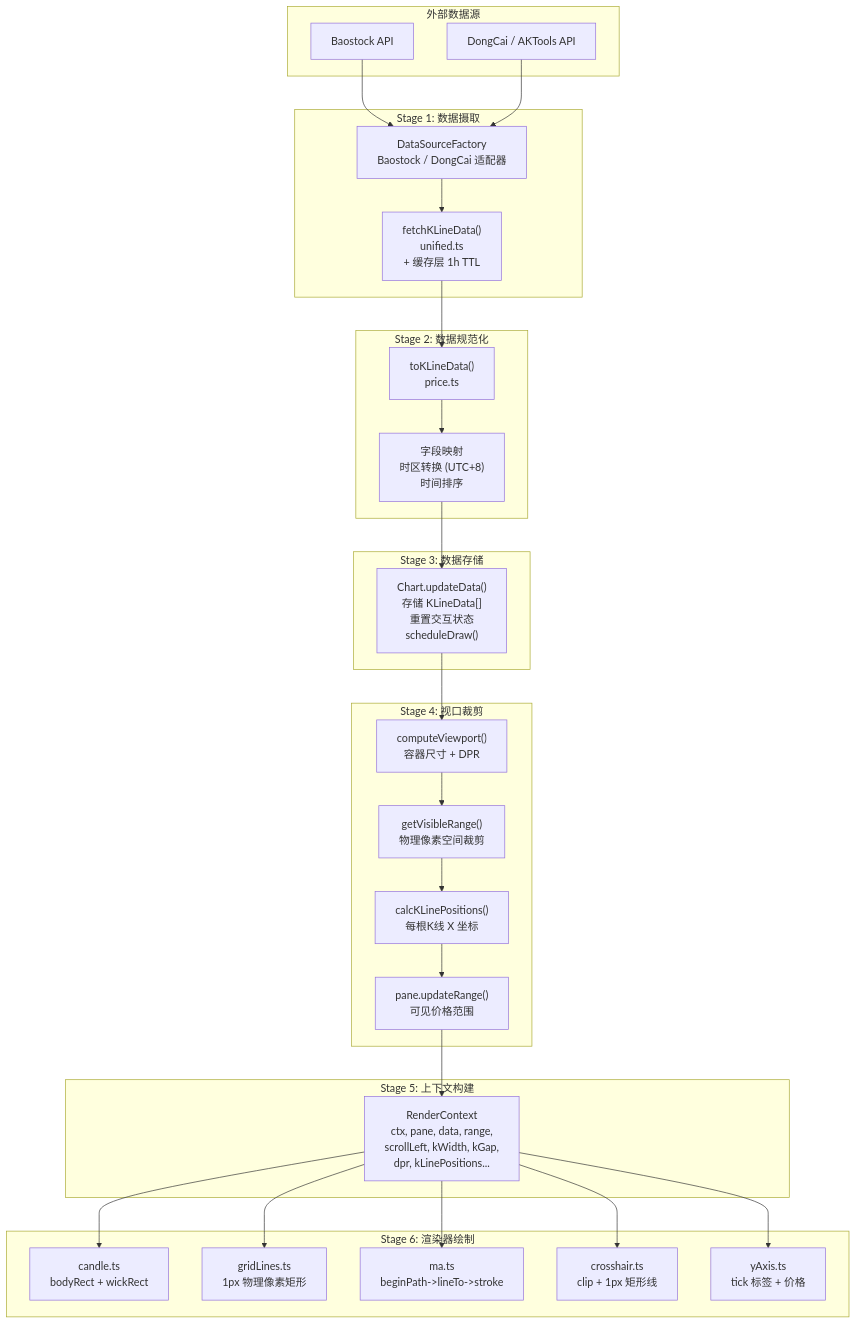
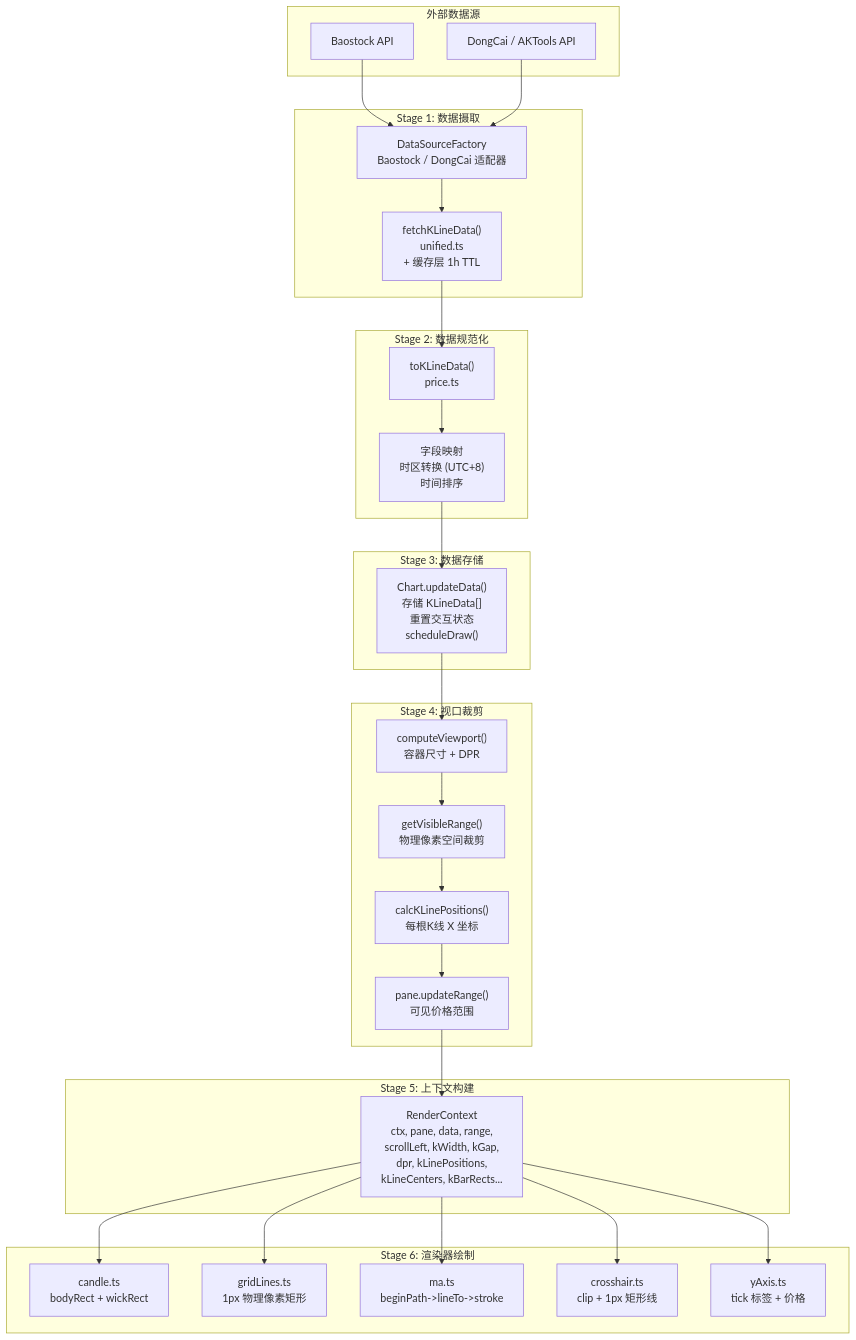
Before and after one commit to 363045841/QuantKLineChart: the third of 22 diagrams in docs/rendering-engine-architecture.md, drawn with Mermaid. The commit also changed other lines of this file and 20 other files, not shown here.

First line of the commit message:
refactor: centralize k-line geometry via RenderContext

````diff
--- a/docs/rendering-engine-architecture.md
+++ b/docs/rendering-engine-architecture.md
@@ -126,57 +126,57 @@
 ```mermaid
 graph TB
     subgraph External["外部数据源"]
         BS["Baostock API"]
         DC["DongCai / AKTools API"]
     end
 
     subgraph Ingestion["Stage 1: 数据摄取"]
         UC["fetchKLineData()<br/>unified.ts<br/>+ 缓存层 1h TTL"]
         AD["DataSourceFactory<br/>Baostock / DongCai 适配器"]
     end
 
     subgraph Normalization["Stage 2: 数据规范化"]
         TK["toKLineData()<br/>price.ts"]
         FN["字段映射<br/>时区转换 (UTC+8)<br/>时间排序"]
     end
 
     subgraph Storage["Stage 3: 数据存储"]
         CD["Chart.updateData()<br/>存储 KLineData[]<br/>重置交互状态<br/>scheduleDraw()"]
     end
 
     subgraph Viewport["Stage 4: 视口裁剪"]
         CV["computeViewport()<br/>容器尺寸 + DPR"]
         VR["getVisibleRange()<br/>物理像素空间裁剪"]
         KP["calcKLinePositions()<br/>每根K线 X 坐标"]
         PR["pane.updateRange()<br/>可见价格范围"]
     end
 
     subgraph Context["Stage 5: 上下文构建"]
-        RC["RenderContext<br/>ctx, pane, data, range,<br/>scrollLeft, kWidth, kGap,<br/>dpr, kLinePositions..."]
+        RC["RenderContext<br/>ctx, pane, data, range,<br/>scrollLeft, kWidth, kGap,<br/>dpr, kLinePositions,<br/>kLineCenters, kBarRects..."]
     end
 
     subgraph Rendering["Stage 6: 渲染器绘制"]
         CD2["candle.ts<br/>bodyRect + wickRect"]
         GL["gridLines.ts<br/>1px 物理像素矩形"]
         MA["ma.ts<br/>beginPath->lineTo->stroke"]
         CH["crosshair.ts<br/>clip + 1px 矩形线"]
         YA["yAxis.ts<br/>tick 标签 + 价格"]
     end
 
     BS --> AD
     DC --> AD
     AD --> UC
     UC --> TK
     TK --> FN
     FN --> CD
     CD --> CV
     CV --> VR
     VR --> KP
     KP --> PR
     PR --> RC
     RC --> CD2
     RC --> GL
     RC --> MA
     RC --> CH
     RC --> YA
 ```
````
